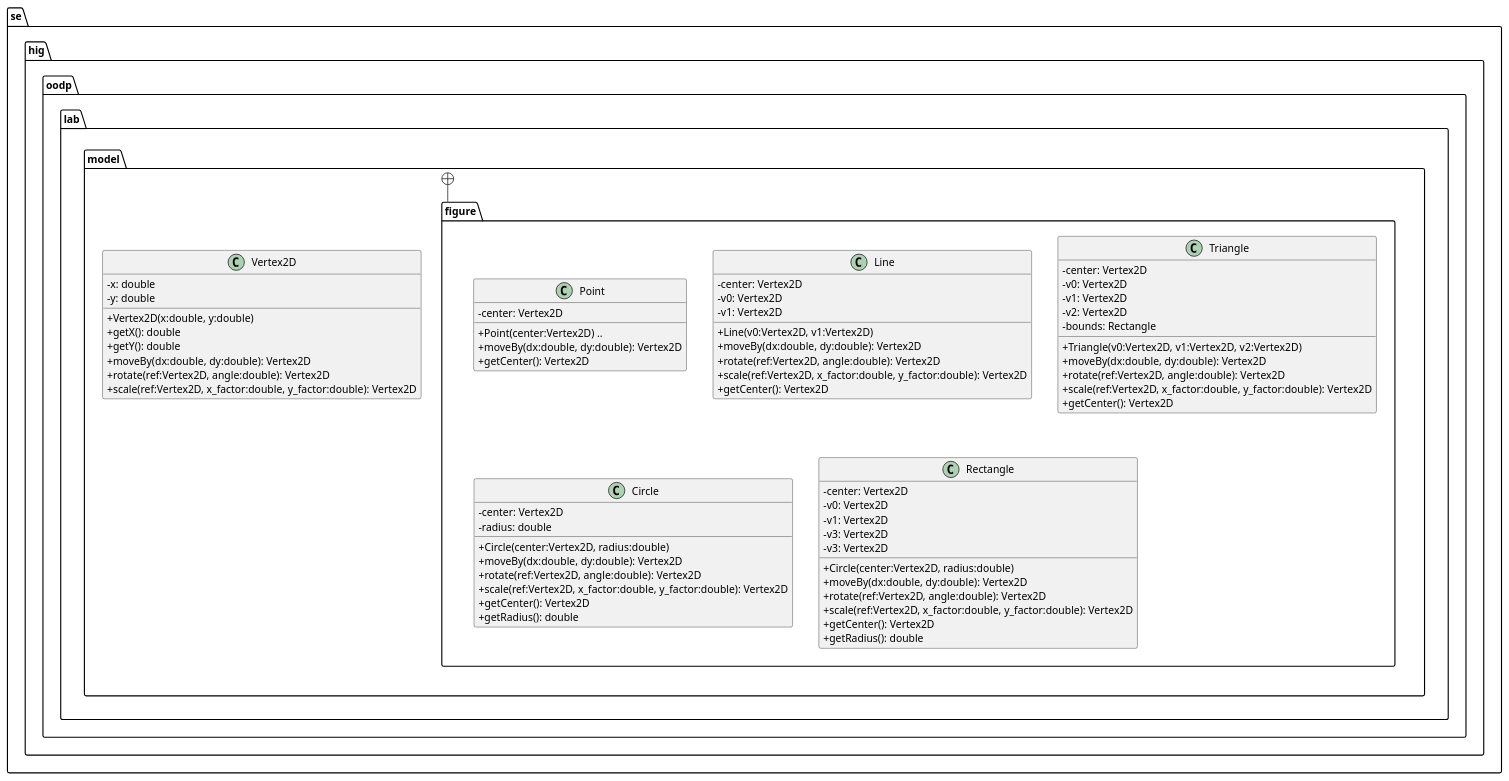
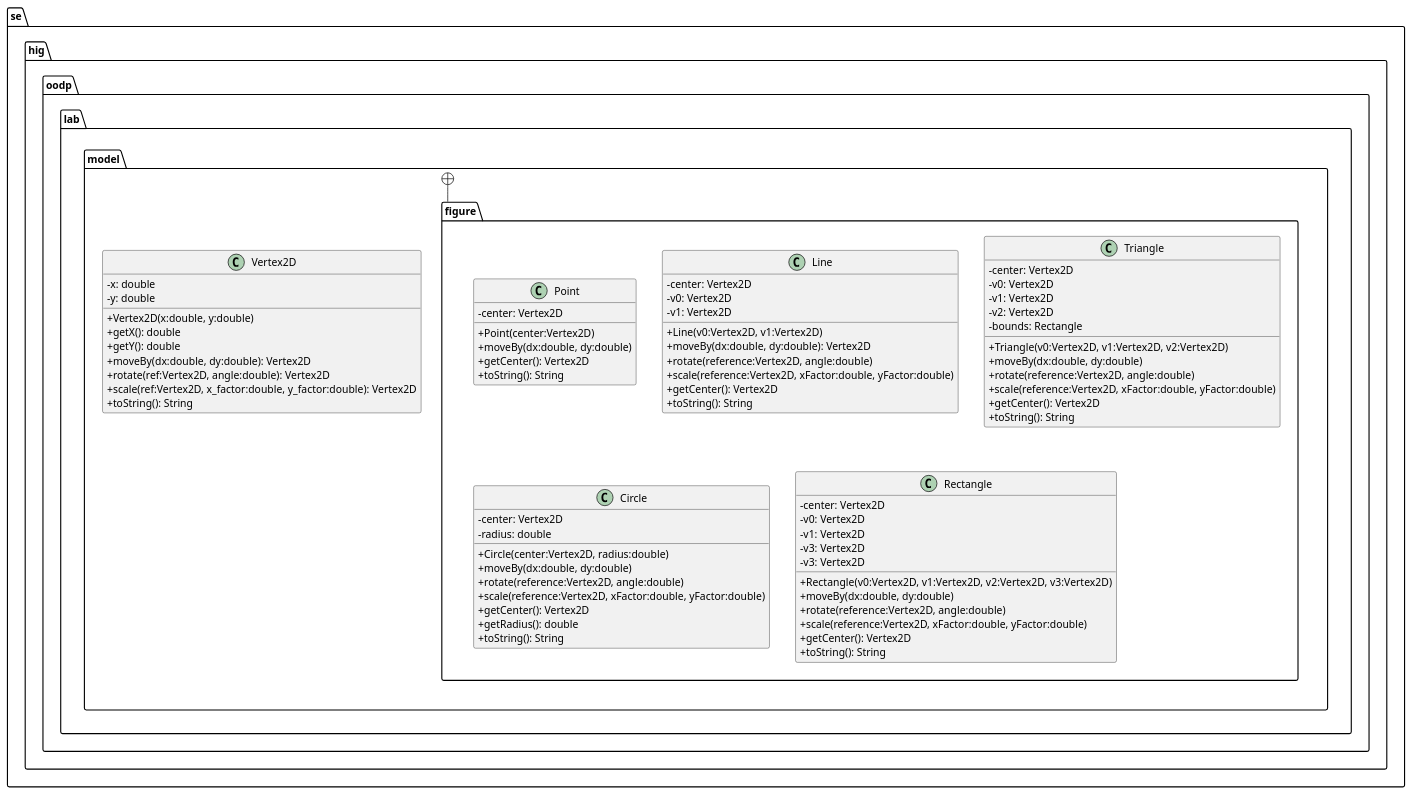
The diagram in diagram/uppgift1.puml (jonasjberg/DVG303_lab2), drawn with PlantUML before and after one commit. The commit also changed 1 other file, not shown here.

Commit message:
Uppdatera "Line" och UML.

```diff
--- a/diagram/uppgift1.puml
+++ b/diagram/uppgift1.puml
@@ -1,100 +1,105 @@
 @startuml
 ' ____________________________________________________________________________
 ' ____ CONFIGURATION OPTIONS __________________________________________________
 
 skinparam packageStyle folder
 
 ' don't use characters to indicate visibility
 skinparam classAttributeIconsize 0
 
 
 ' ____________________________________________________________________________
 ' ____ CLASS DEFINITIONS ______________________________________________________
 package se.hig.oodp.lab.model {
     class Vertex2D {
         -x: double
         -y: double
         +Vertex2D(x:double, y:double)
         +getX(): double
         +getY(): double
         +moveBy(dx:double, dy:double): Vertex2D
         +rotate(ref:Vertex2D, angle:double): Vertex2D
         +scale(ref:Vertex2D, x_factor:double, y_factor:double): Vertex2D
+        +toString(): String
     }
 }
 
 package se.hig.oodp.lab.model.figure {
     class Point {
         -center: Vertex2D
-        +Point(center:Vertex2D) ..
-        +moveBy(dx:double, dy:double): Vertex2D
+        +Point(center:Vertex2D)
+        +moveBy(dx:double, dy:double)
         +getCenter(): Vertex2D
+        +toString(): String
     }
 
     class Line {
         -center: Vertex2D
         -v0: Vertex2D
         -v1: Vertex2D
         +Line(v0:Vertex2D, v1:Vertex2D)
         +moveBy(dx:double, dy:double): Vertex2D
-        +rotate(ref:Vertex2D, angle:double): Vertex2D
-        +scale(ref:Vertex2D, x_factor:double, y_factor:double): Vertex2D
+        +rotate(reference:Vertex2D, angle:double)
+        +scale(reference:Vertex2D, xFactor:double, yFactor:double)
         +getCenter(): Vertex2D
+        +toString(): String
     }
 
     class Triangle {
         -center: Vertex2D
         -v0: Vertex2D
         -v1: Vertex2D
         -v2: Vertex2D
         -bounds: Rectangle
 
         +Triangle(v0:Vertex2D, v1:Vertex2D, v2:Vertex2D)
-        +moveBy(dx:double, dy:double): Vertex2D
-        +rotate(ref:Vertex2D, angle:double): Vertex2D
-        +scale(ref:Vertex2D, x_factor:double, y_factor:double): Vertex2D
+        +moveBy(dx:double, dy:double)
+        +rotate(reference:Vertex2D, angle:double)
+        +scale(reference:Vertex2D, xFactor:double, yFactor:double)
         +getCenter(): Vertex2D
+        +toString(): String
     }
 
     class Circle {
         -center: Vertex2D
         -radius: double
 
         +Circle(center:Vertex2D, radius:double)
-        +moveBy(dx:double, dy:double): Vertex2D
-        +rotate(ref:Vertex2D, angle:double): Vertex2D
-        +scale(ref:Vertex2D, x_factor:double, y_factor:double): Vertex2D
+        +moveBy(dx:double, dy:double)
+        +rotate(reference:Vertex2D, angle:double)
+        +scale(reference:Vertex2D, xFactor:double, yFactor:double)
         +getCenter(): Vertex2D
         +getRadius(): double
+        +toString(): String
     }
 
     class Rectangle {
         -center: Vertex2D
         -v0: Vertex2D
         -v1: Vertex2D
         -v3: Vertex2D
         -v3: Vertex2D
 
-        +Circle(center:Vertex2D, radius:double)
-        +moveBy(dx:double, dy:double): Vertex2D
-        +rotate(ref:Vertex2D, angle:double): Vertex2D
-        +scale(ref:Vertex2D, x_factor:double, y_factor:double): Vertex2D
+        +Rectangle(v0:Vertex2D, v1:Vertex2D, v2:Vertex2D, v3:Vertex2D)
+        +moveBy(dx:double, dy:double)
+        +rotate(reference:Vertex2D, angle:double)
+        +scale(reference:Vertex2D, xFactor:double, yFactor:double)
         +getCenter(): Vertex2D
-        +getRadius(): double
+        +toString(): String
     }
 }
 
 
 ' ____________________________________________________________________________
 ' ____ PACKAGE HIERARCHY _____________________________________________________
 se.hig.oodp.lab.model +-- se.hig.oodp.lab.model.figure
 
 
 ' ____________________________________________________________________________
 ' ____ RELATIONS BETWEEN CLASSES _____________________________________________
 
 
 
 
 
 @enduml
```
